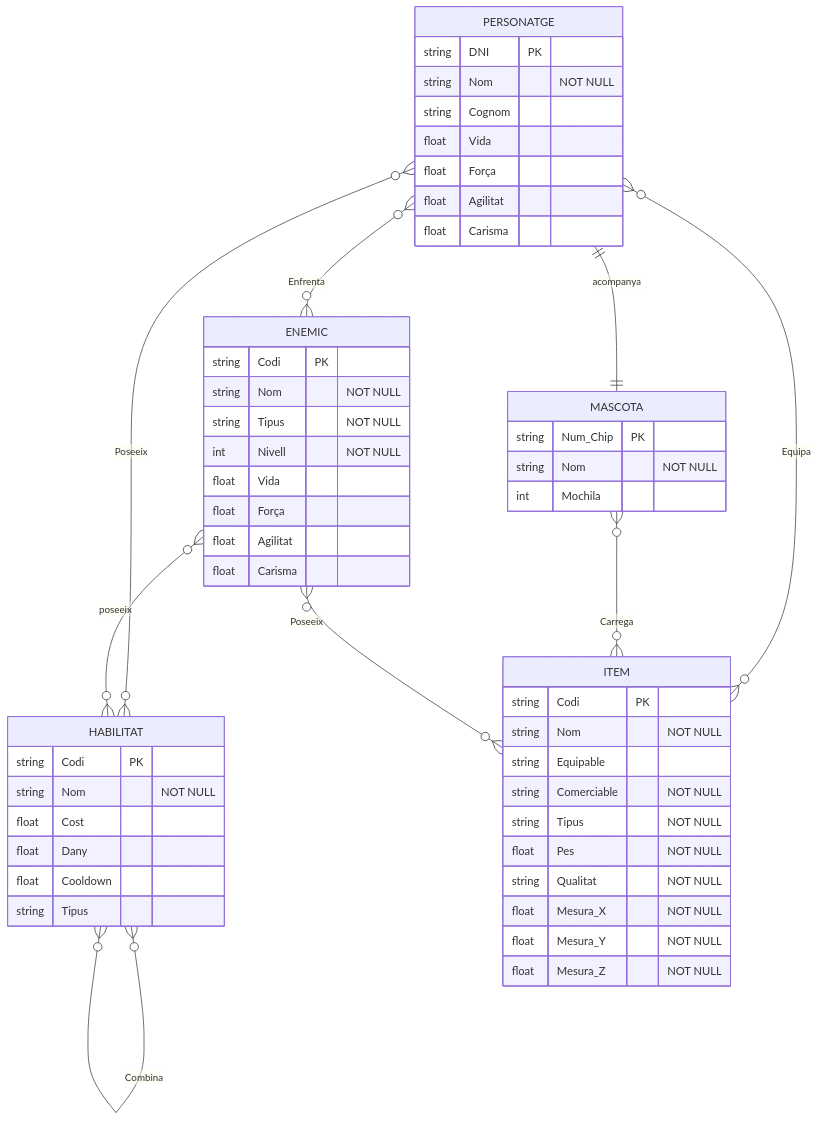
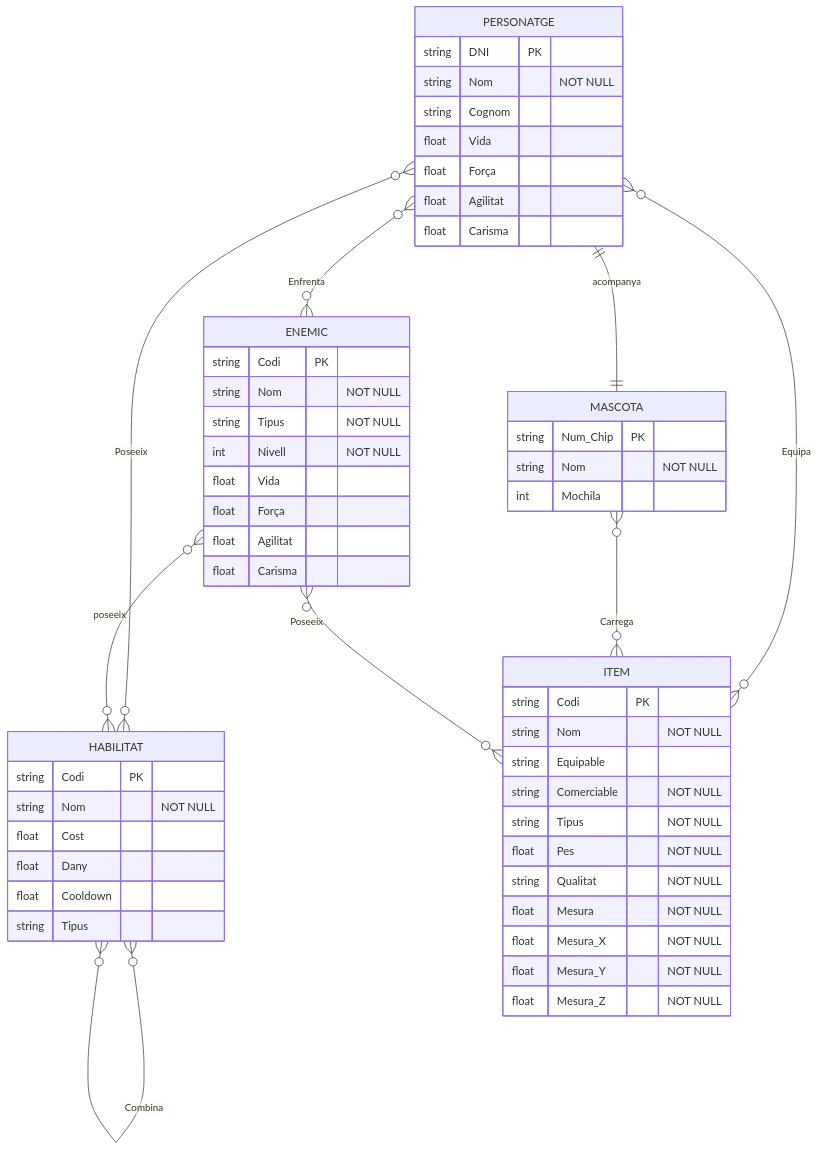
The diagram in GBD/activitat-02-diagrama-er/diagrama-er-mermaid.md (IzanDrago/Lliuraments-2627), drawn with Mermaid before and after one commit.

Commit message:
Añadir Mesura "NOT NULL"

````diff
--- a/GBD/activitat-02-diagrama-er/diagrama-er-mermaid.md
+++ b/GBD/activitat-02-diagrama-er/diagrama-er-mermaid.md
@@ -2,56 +2,57 @@
 ```mermaid
 erDiagram
     PERSONATGE }o--o{ HABILITAT : Poseeix
     PERSONATGE }o--o{ ITEM : Equipa
     PERSONATGE ||--|| MASCOTA: acompanya
     PERSONATGE }o--o{ ENEMIC: Enfrenta
     MASCOTA  }o--o{  ITEM : Carrega
     ENEMIC }o--o{ ITEM : Poseeix
     ENEMIC }o--o{ HABILITAT: poseeix   
     HABILITAT  }o--o{ HABILITAT: Combina
 
     MASCOTA {
         string Num_Chip PK
         string Nom "NOT NULL"
         int Mochila
     }
     PERSONATGE {
         string DNI PK
         string Nom "NOT NULL"
         string Cognom
         float Vida
         float Força
         float Agilitat
         float Carisma
     }
     ITEM {
        string Codi PK
        string Nom "NOT NULL"
        string Equipable
        string Comerciable "NOT NULL"
        string Tipus "NOT NULL"
        float Pes "NOT NULL"
        string Qualitat "NOT NULL"
+       float Mesura "NOT NULL"
        float Mesura_X "NOT NULL"
        float Mesura_Y "NOT NULL"
        float Mesura_Z "NOT NULL"
     }
     HABILITAT {
       string Codi PK
       string Nom "NOT NULL"
       float Cost
       float Dany
       float Cooldown
       string Tipus
     }
     ENEMIC {
       string Codi PK
       string Nom "NOT NULL"
       string Tipus "NOT NULL"
       int Nivell "NOT NULL"
       float Vida
       float Força
       float Agilitat
       float Carisma
     }
 ```
````
